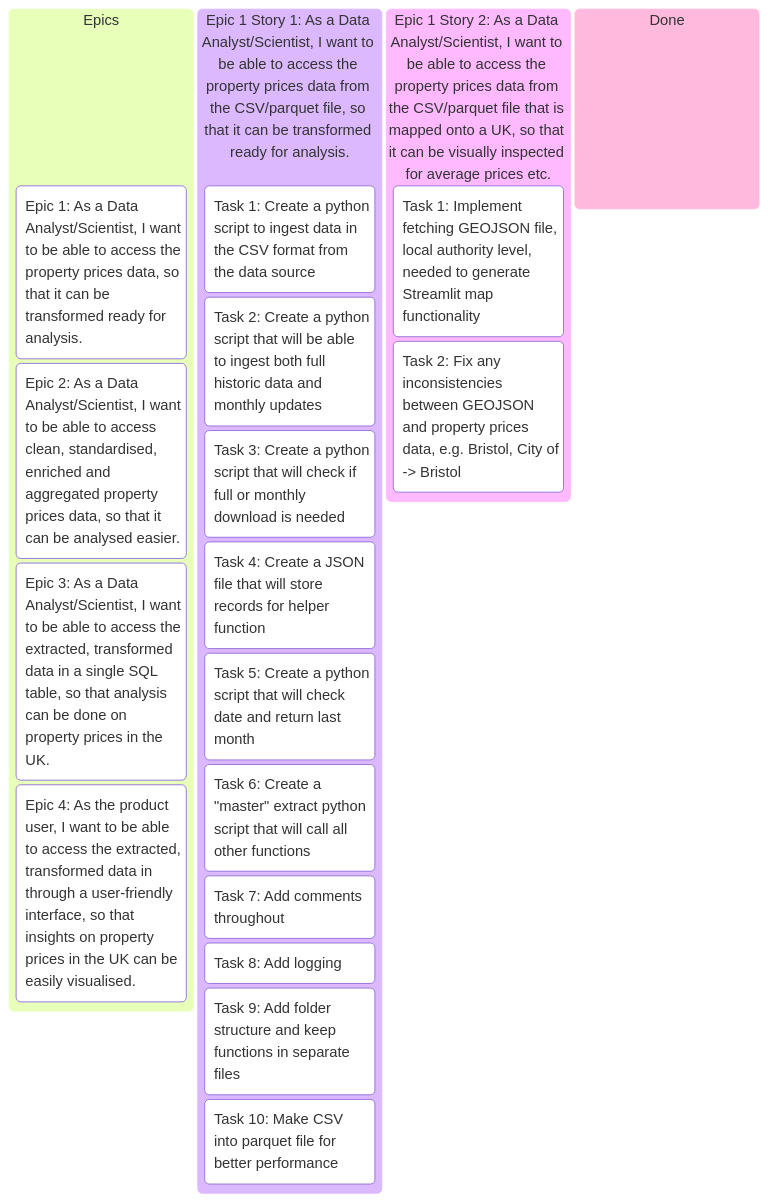
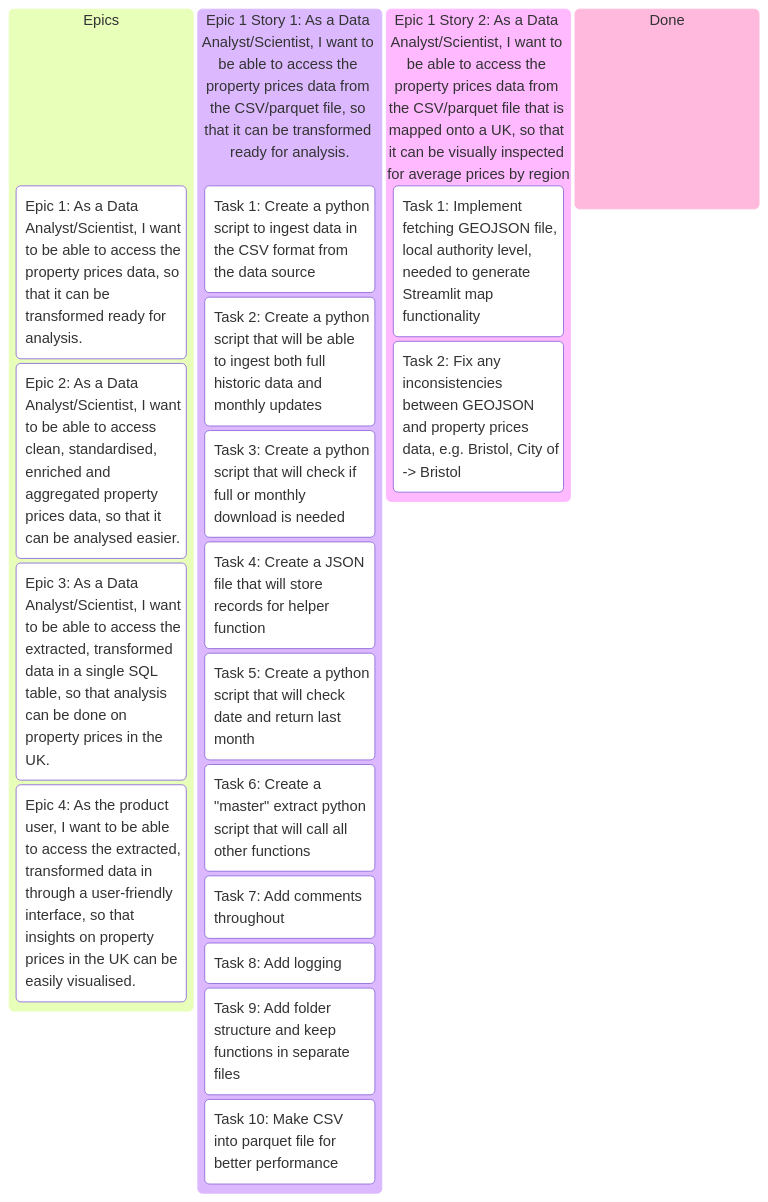
One commit to pavlekovic/property-pulse-uk changed the first of 2 diagrams in README.md. Above: the diagram before and after it, drawn with Mermaid. The commit also changed other lines of this file, not shown here.

````diff
--- a/README.md
+++ b/README.md
@@ -155,23 +107,23 @@
 ```mermaid
 kanban
     Epics
         (Epic 1: As a Data Analyst/Scientist, I want to be able to access the property prices data, so that it can be transformed ready for analysis.)
         (Epic 2: As a Data Analyst/Scientist, I want to be able to access clean, standardised, enriched and aggregated property prices data, so that it can be analysed easier.)
         (Epic 3: As a Data Analyst/Scientist, I want to be able to access the extracted, transformed data in a single SQL table, so that analysis can be done on property prices in the UK.)
         (Epic 4: As the product user, I want to be able to access the extracted, transformed data in through a user-friendly interface, so that insights on property prices in the UK can be easily visualised.)
     (Epic 1 Story 1: As a Data Analyst/Scientist, I want to be able to access the property prices data from the CSV/parquet file, so that it can be transformed ready for analysis.)
         Task 1: Create a python script to ingest data in the CSV format from the data source
         Task 2: Create a python script that will be able to ingest both full historic data and monthly updates
         Task 3: Create a python script that will check if full or monthly download is needed
         Task 4: Create a JSON file that will store records for helper function
         Task 5: Create a python script that will check date and return last month
         Task 6: Create a "master" extract python script that will call all other functions
         Task 7: Add comments throughout
         Task 8: Add logging
         Task 9: Add folder structure and keep functions in separate files
         Task 10: Make CSV into parquet file for better performance
-    (Epic 1 Story 2: As a Data Analyst/Scientist, I want to be able to access the property prices data from the CSV/parquet file that is mapped onto a UK, so that it can be visually inspected for average prices etc.)
+    (Epic 1 Story 2: As a Data Analyst/Scientist, I want to be able to access the property prices data from the CSV/parquet file that is mapped onto a UK, so that it can be visually inspected for average prices by region)
         Task 1: Implement fetching GEOJSON file, local authority level, needed to generate Streamlit map functionality
         Task 2: Fix any inconsistencies between GEOJSON and property prices data, e.g. Bristol, City of -> Bristol
     Done
 ```
````
